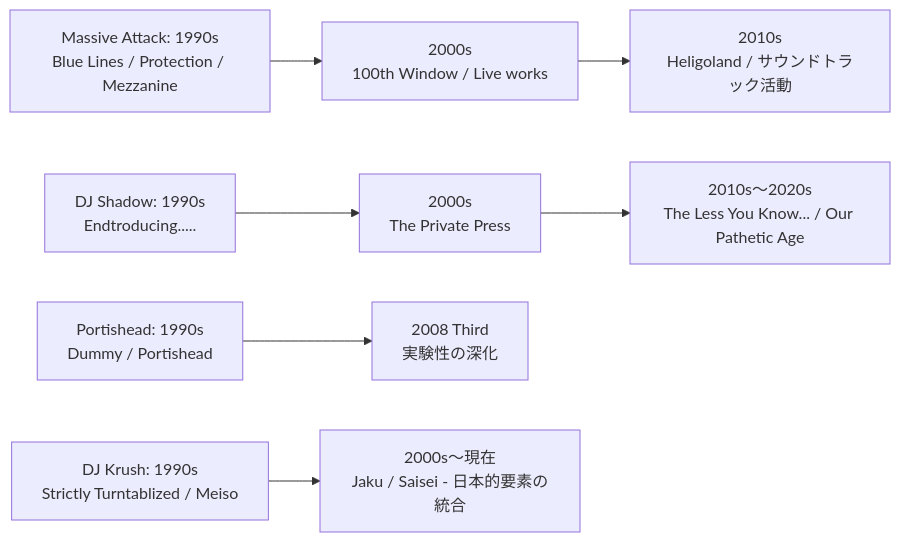
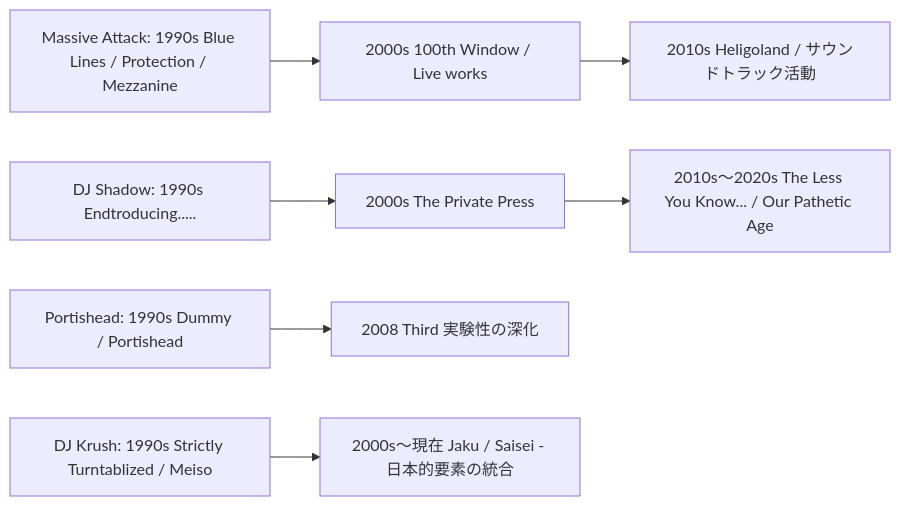
Before and after one commit to monumental-movement/monumental-movement.github.io: the second of 2 diagrams in _posts/2025-09-21-Column-Triphop.md, drawn with Mermaid. The commit also changed other lines of this file, not shown here.

```diff
--- a/_posts/2025-09-21-Column-Triphop.md
+++ b/_posts/2025-09-21-Column-Triphop.md
@@ -56,21 +58,21 @@
 <div class="mermaid">
 flowchart LR
-    MA90["Massive Attack: 1990s\nBlue Lines / Protection / Mezzanine"]
-    MA00["2000s\n100th Window / Live works"]
-    MA10["2010s\nHeligoland / サウンドトラック活動"]
+    MA90["Massive Attack: 1990s Blue Lines / Protection / Mezzanine"]
+    MA00["2000s 100th Window / Live works"]
+    MA10["2010s Heligoland / サウンドトラック活動"]
 
-    SH90["DJ Shadow: 1990s\nEndtroducing....."]
-    SH00["2000s\nThe Private Press"]
-    SH10["2010s〜2020s\nThe Less You Know... / Our Pathetic Age"]
+    SH90["DJ Shadow: 1990s Endtroducing....."]
+    SH00["2000s The Private Press"]
+    SH10["2010s〜2020s The Less You Know... / Our Pathetic Age"]
 
-    PK90["Portishead: 1990s\nDummy / Portishead"]
-    PK10["2008 Third\n実験性の深化"]
+    PK90["Portishead: 1990s Dummy / Portishead"]
+    PK10["2008 Third 実験性の深化"]
 
-    KR90["DJ Krush: 1990s\nStrictly Turntablized / Meiso"]
-    KR00["2000s〜現在\nJaku / Saisei - 日本的要素の統合"]
+    KR90["DJ Krush: 1990s Strictly Turntablized / Meiso"]
+    KR00["2000s〜現在 Jaku / Saisei - 日本的要素の統合"]
 
     MA90 --> MA00 --> MA10
     SH90 --> SH00 --> SH10
     PK90 --> PK10
     KR90 --> KR00
 </div>
```
